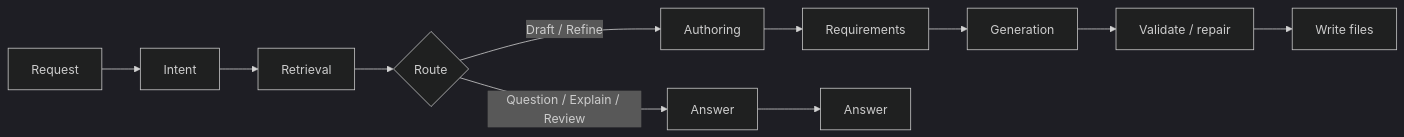
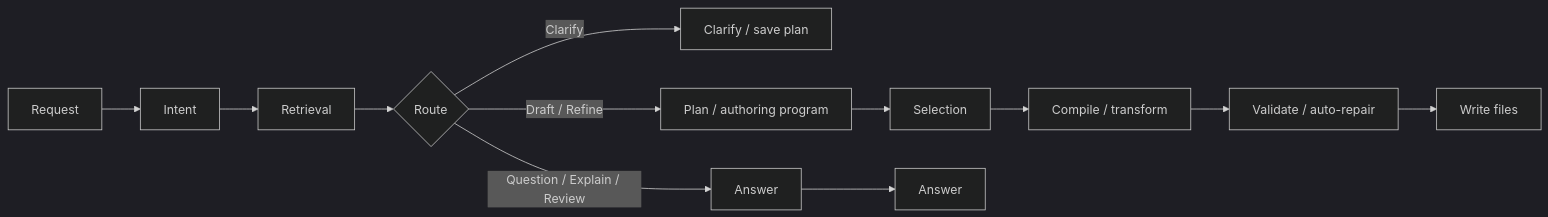
One commit to Airgap-Castaways/deck changed the diagram in docs/guides/ask.md. Above: the diagram before and after it, drawn with Mermaid (dark theme). The commit also changed other lines of this file and 4 other files, not shown here.

Commit message:
docs: clarify current ask pipeline architecture

````diff
--- a/docs/guides/ask.md
+++ b/docs/guides/ask.md
@@ -27,13 +27,14 @@
 ```mermaid
 flowchart LR
   A[Request] --> B[Intent]
   B --> C[Retrieval]
   C --> D{Route}
-  D -- Question / Explain / Review --> E[Answer]
-  D -- Draft / Refine --> F[Authoring]
-  F --> G[Requirements]
-  G --> H[Generation]
-  H --> I[Validate / repair]
-  E --> J[Answer]
-  I --> K[Write files]
+  D -- Clarify --> E[Clarify / save plan]
+  D -- Question / Explain / Review --> F[Answer]
+  D -- Draft / Refine --> G[Plan / authoring program]
+  G --> H[Selection]
+  H --> I[Compile / transform]
+  I --> J[Validate / auto-repair]
+  F --> K[Answer]
+  J --> L[Write files]
 ```
````
